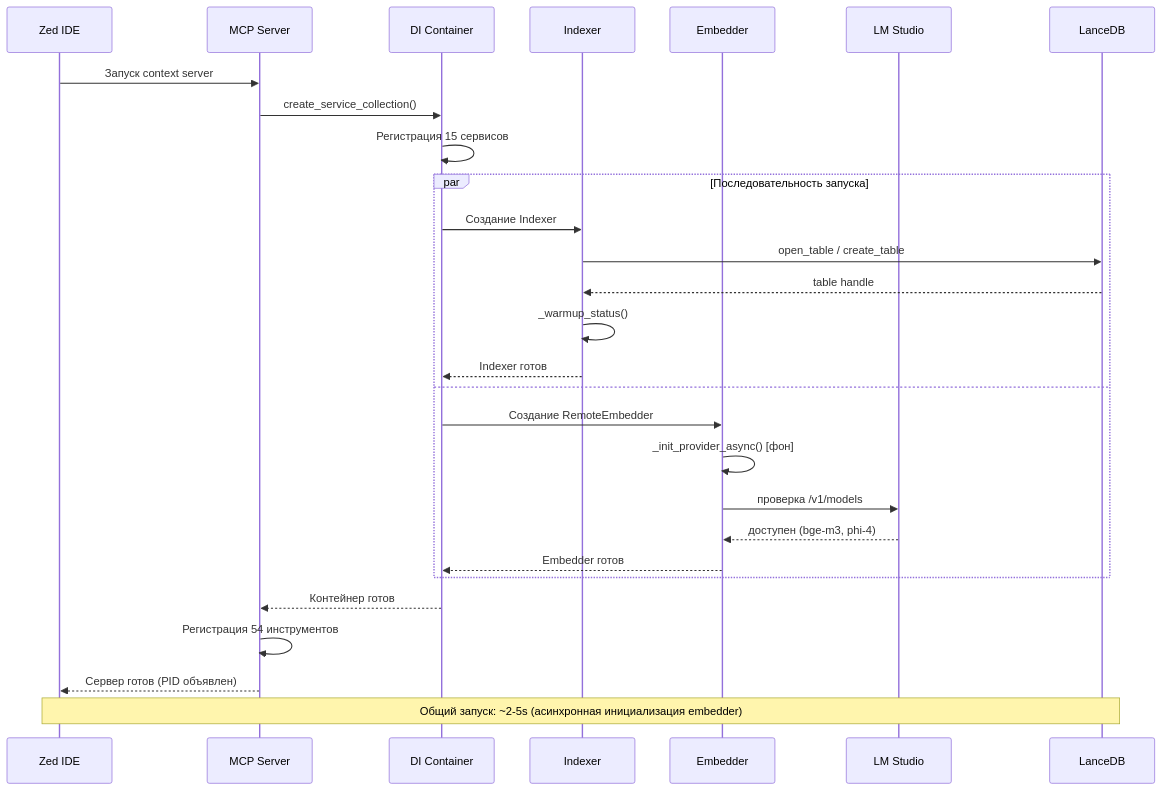
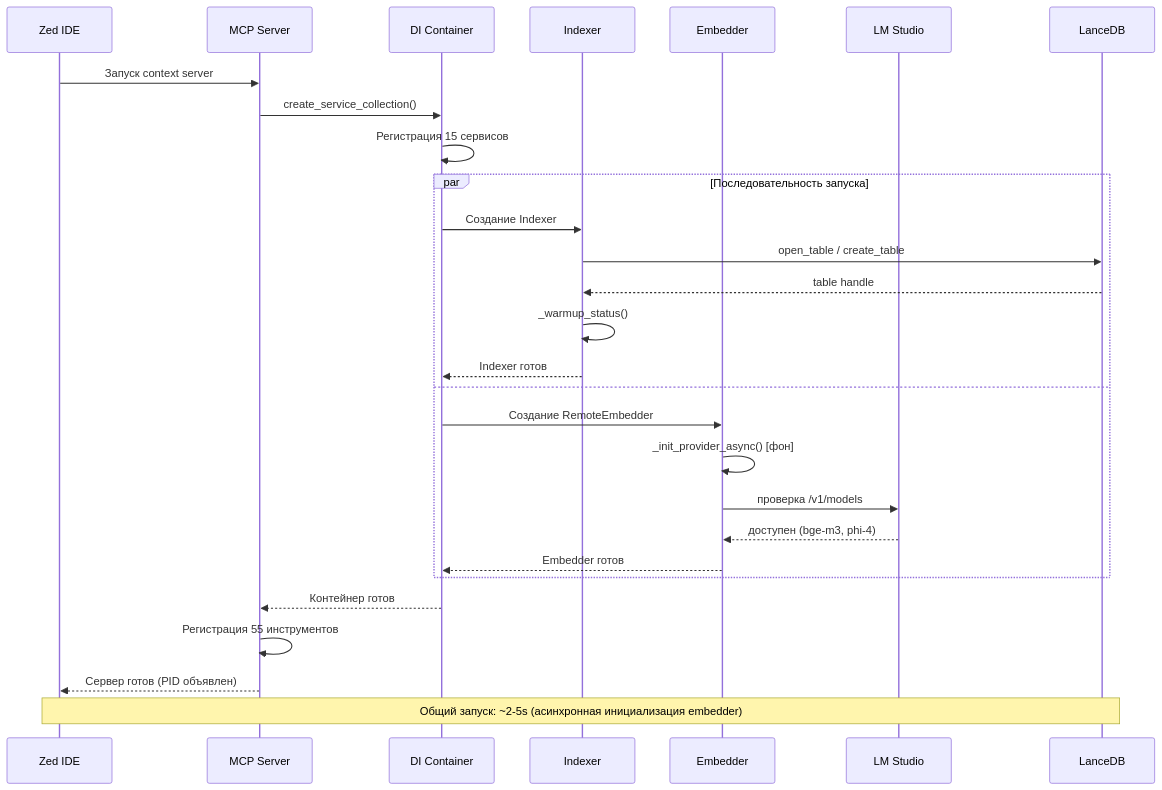
One commit to ManSio/mscodebase-intelligence changed the fifth of 8 diagrams in docs/ru/ARCHITECTURE_DEEP.md. Above: the diagram before and after it, drawn with Mermaid. The commit also changed other lines of this file and 33 other files, not shown here.

````diff
--- a/docs/ru/ARCHITECTURE_DEEP.md
+++ b/docs/ru/ARCHITECTURE_DEEP.md
@@ -179,34 +179,34 @@
 ```mermaid
 sequenceDiagram
     participant Zed as Zed IDE
     participant MCP as MCP Server
     participant DI as DI Container
     participant IX as Indexer
     participant EM as Embedder
     participant LM as LM Studio
     participant DB as LanceDB
 
     Zed->>MCP: Запуск context server
     MCP->>DI: create_service_collection()
     DI->>DI: Регистрация 15 сервисов
     
     par Последовательность запуска
         DI->>IX: Создание Indexer
         IX->>DB: open_table / create_table
         DB-->>IX: table handle
         IX->>IX: _warmup_status()
         IX-->>DI: Indexer готов
     and
         DI->>EM: Создание RemoteEmbedder
         EM->>EM: _init_provider_async() [фон]
         EM->>LM: проверка /v1/models
         LM-->>EM: доступен (bge-m3, phi-4)
         EM-->>DI: Embedder готов
     end
     
     DI-->>MCP: Контейнер готов
-    MCP->>MCP: Регистрация 54 инструментов
+    MCP->>MCP: Регистрация 55 инструментов
     MCP-->>Zed: Сервер готов (PID объявлен)
     
     Note over Zed,DB: Общий запуск: ~2-5s (асинхронная инициализация embedder)
 ```
````
